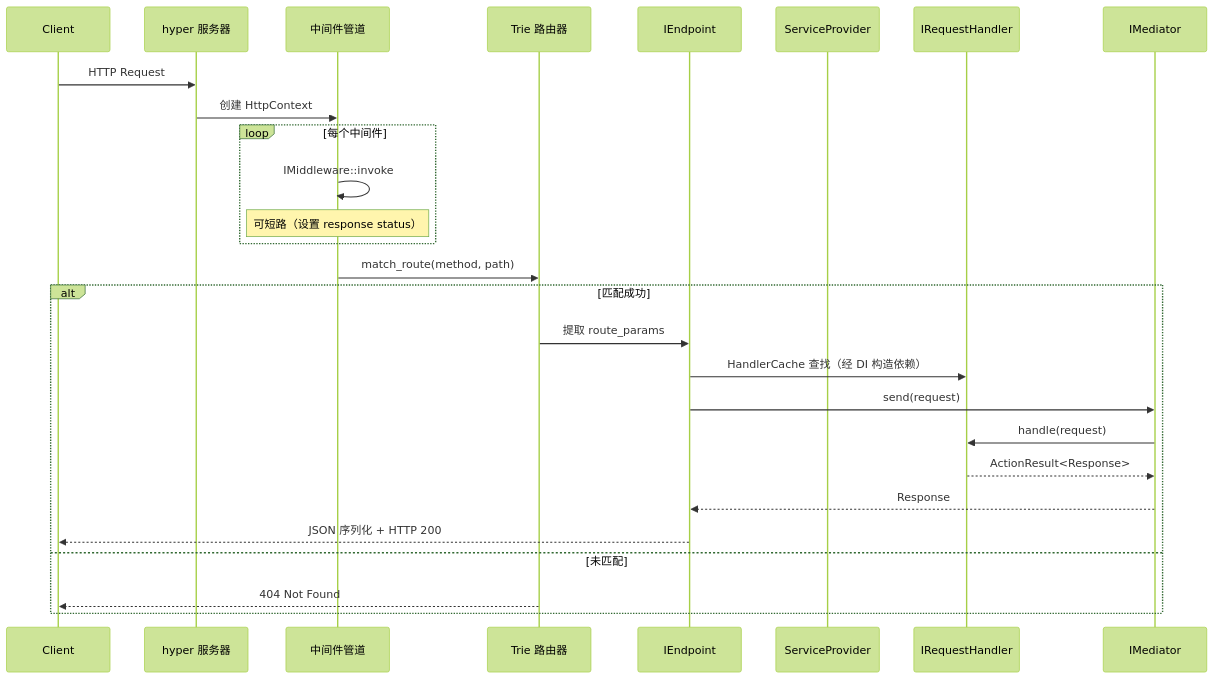
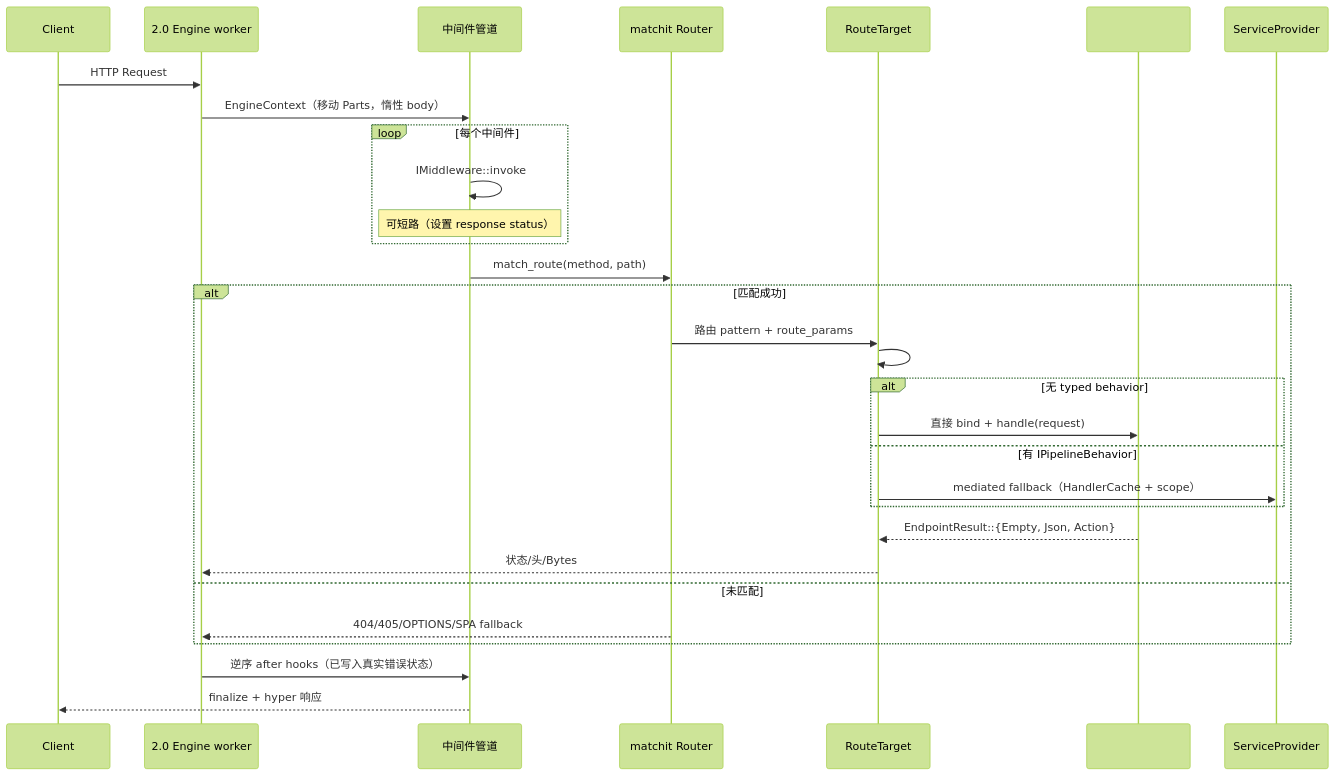
Before and after one commit to Rust-Framework/rust-webx: the first of 2 diagrams in docs/rust-webx/04-architecture/request-lifecycle.md, drawn with Mermaid (forest theme). The commit also changed other lines of this file and 50 other files, not shown here.

````diff
--- a/docs/rust-webx/04-architecture/request-lifecycle.md
+++ b/docs/rust-webx/04-architecture/request-lifecycle.md
@@ -5,30 +5,33 @@
 ```mermaid
 sequenceDiagram
     participant Client
-    participant Hyper as hyper 服务器
+    participant Engine as 2.0 Engine worker
     participant Pipeline as 中间件管道
-    participant Router as Trie 路由器
-    participant Endpoint as IEndpoint
+    participant Router as matchit Router
+    participant Target as RouteTarget
+    participant Handler as #[handler]
     participant DI as ServiceProvider
-    participant Handler as IRequestHandler
-    participant Mediator as IMediator
 
-    Client->>Hyper: HTTP Request
-    Hyper->>Pipeline: 创建 HttpContext
+    Client->>Engine: HTTP Request
+    Engine->>Pipeline: EngineContext（移动 Parts，惰性 body）
     loop 每个中间件
         Pipeline->>Pipeline: IMiddleware::invoke
         Note over Pipeline: 可短路（设置 response status）
     end
     Pipeline->>Router: match_route(method, path)
     alt 匹配成功
-        Router->>Endpoint: 提取 route_params
-        Endpoint->>Handler: HandlerCache 查找（经 DI 构造依赖）
-        Endpoint->>Mediator: send(request)
-        Mediator->>Handler: handle(request)
-        Handler-->>Mediator: ActionResult<Response>
-        Mediator-->>Endpoint: Response
-        Endpoint-->>Client: JSON 序列化 + HTTP 200
+        Router->>Target: 路由 pattern + route_params
+        Target->>Target: #[authorize] / max_body_size 守卫
+        alt 无 typed behavior
+            Target->>Handler: 直接 bind + handle(request)
+        else 有 IPipelineBehavior
+            Target->>DI: mediated fallback（HandlerCache + scope）
+        end
+        Handler-->>Target: EndpointResult::{Empty, Json, Action}
+        Target-->>Engine: 状态/头/Bytes
     else 未匹配
-        Router-->>Client: 404 Not Found
+        Router-->>Engine: 404/405/OPTIONS/SPA fallback
     end
+    Engine->>Pipeline: 逆序 after hooks（已写入真实错误状态）
+    Pipeline-->>Client: finalize + hyper 响应
 ```
````
